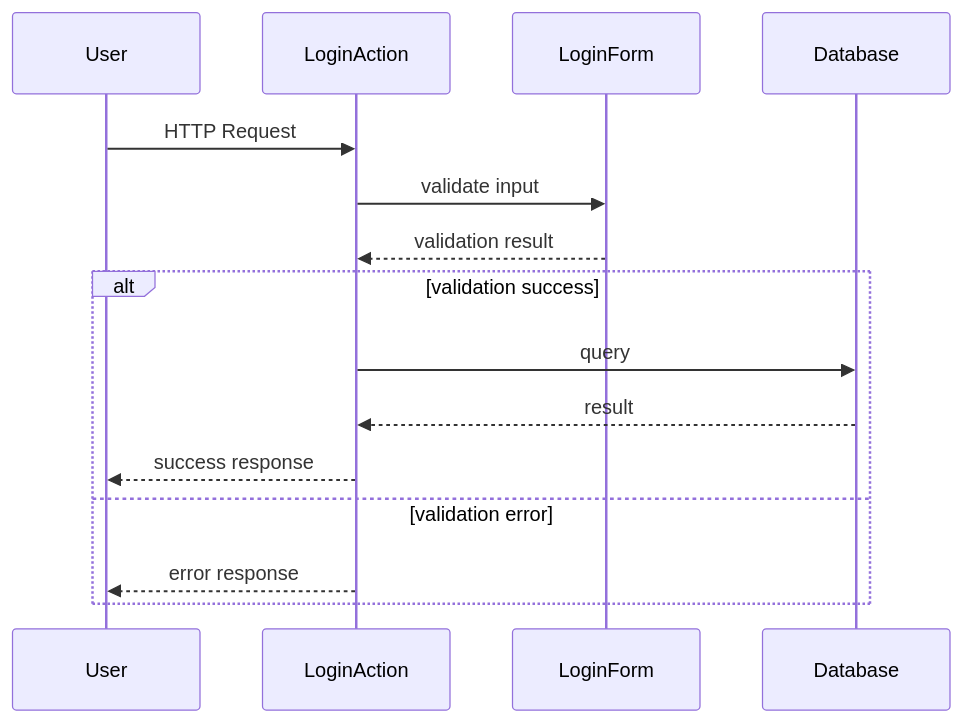
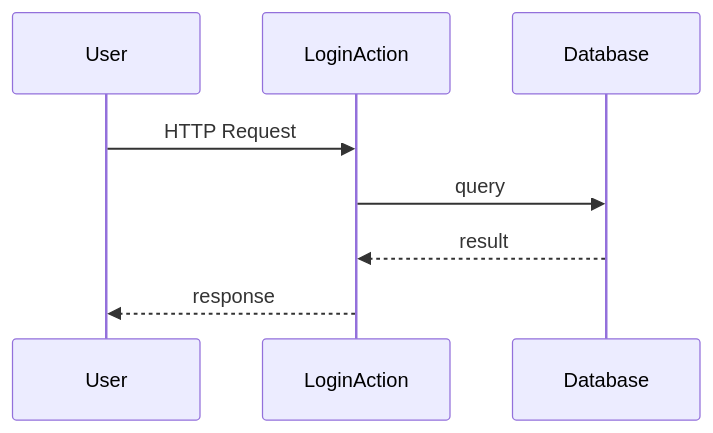
Before and after one commit to Fintan-contents/nablarch-system-development-guide: the second of 2 diagrams in Sample_Project/Source_Code/proman-project/.claude/skills/nabledge-6/workflows/code-analysis.md, drawn with Mermaid. The commit also changed other lines of this file and 10 other files, not shown here.

````diff
--- a/Sample_Project/Source_Code/proman-project/.claude/skills/nabledge-6/workflows/code-analysis.md
+++ b/Sample_Project/Source_Code/proman-project/.claude/skills/nabledge-6/workflows/code-analysis.md
@@ -341,18 +188,11 @@
-   ```mermaid
-   sequenceDiagram
-       participant User
-       participant Action as LoginAction
-       participant Form as LoginForm
-       participant DB as Database
+```mermaid
+sequenceDiagram
+    participant User
+    participant Action as LoginAction
+    participant DB as Database
 
-       User->>Action: HTTP Request
-       Action->>Form: validate input
-       Form-->>Action: validation result
-       alt validation success
-           Action->>DB: query
-           DB-->>Action: result
-           Action-->>User: success response
-       else validation error
-           Action-->>User: error response
-       end
-   ```
+    User->>Action: HTTP Request
+    Action->>DB: query
+    DB-->>Action: result
+    Action-->>User: response
+```
````
